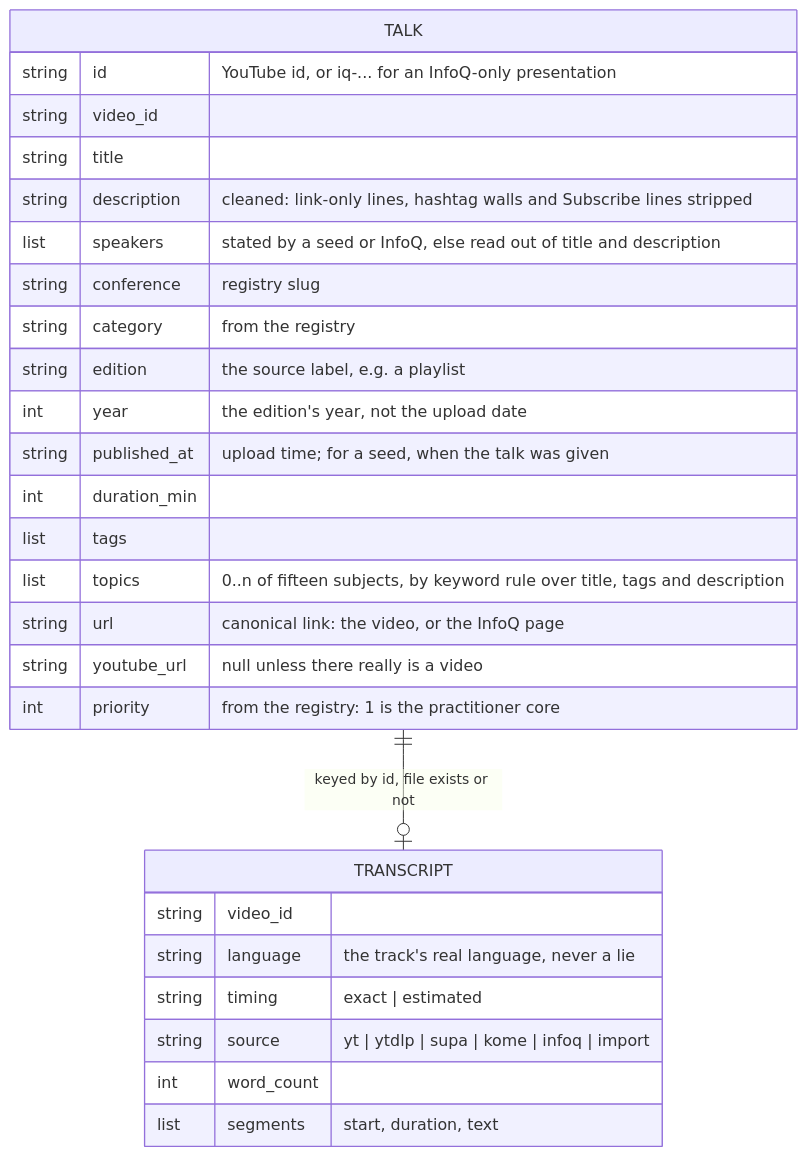
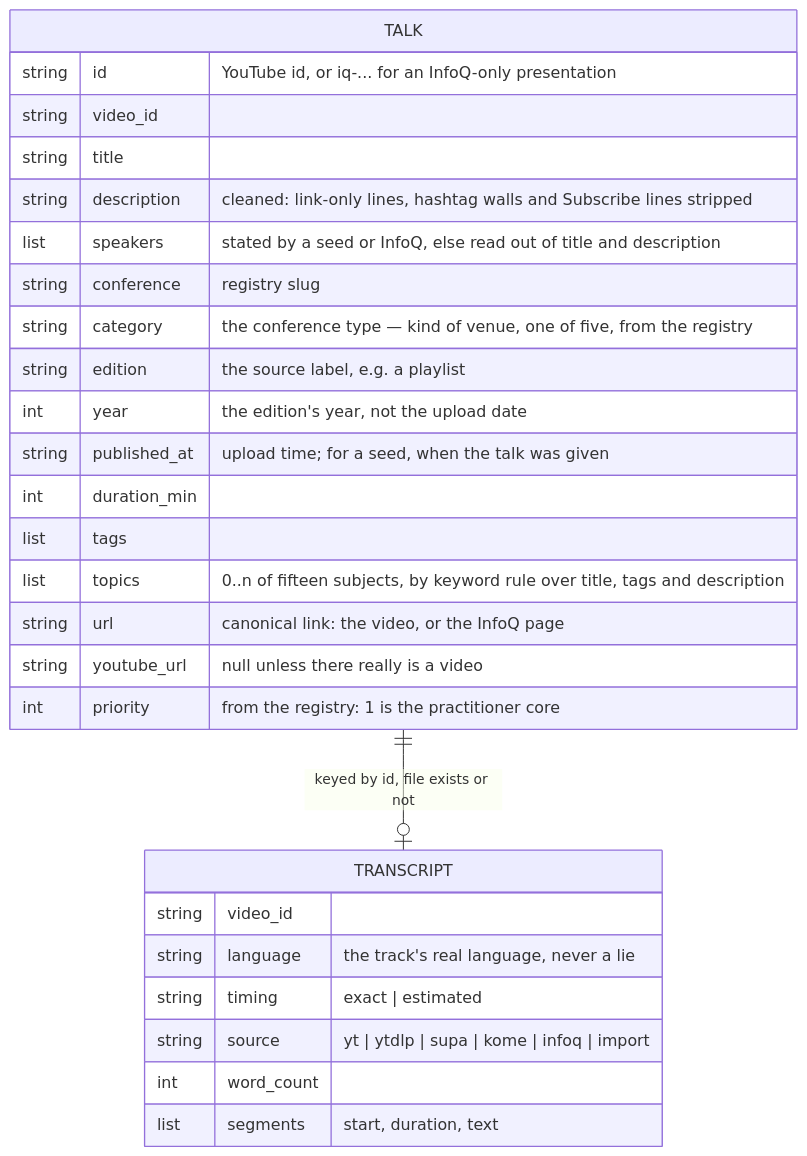
One commit to ppruchnerovic/ai-talks-universe changed the fourth of 17 diagrams in ARCHITECTURE.md. Above: the diagram before and after it, drawn with Mermaid. The commit also changed other lines of this file and 9075 other files, not shown here.

````diff
--- a/ARCHITECTURE.md
+++ b/ARCHITECTURE.md
@@ -158,30 +158,30 @@
 ```mermaid
 erDiagram
     TALK {
         string id "YouTube id, or iq-... for an InfoQ-only presentation"
         string video_id
         string title
         string description "cleaned: link-only lines, hashtag walls and Subscribe lines stripped"
         list speakers "stated by a seed or InfoQ, else read out of title and description"
         string conference "registry slug"
-        string category "from the registry"
+        string category "the conference type — kind of venue, one of five, from the registry"
         string edition "the source label, e.g. a playlist"
         int year "the edition's year, not the upload date"
         string published_at "upload time; for a seed, when the talk was given"
         int duration_min
         list tags
         list topics "0..n of fifteen subjects, by keyword rule over title, tags and description"
         string url "canonical link: the video, or the InfoQ page"
         string youtube_url "null unless there really is a video"
         int priority "from the registry: 1 is the practitioner core"
     }
     TRANSCRIPT {
         string video_id
         string language "the track's real language, never a lie"
         string timing "exact | estimated"
         string source "yt | ytdlp | supa | kome | infoq | import"
         int word_count
         list segments "start, duration, text"
     }
     TALK ||--o| TRANSCRIPT : "keyed by id, file exists or not"
 ```
````
